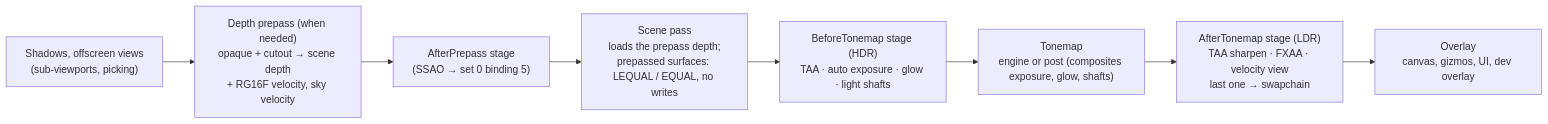
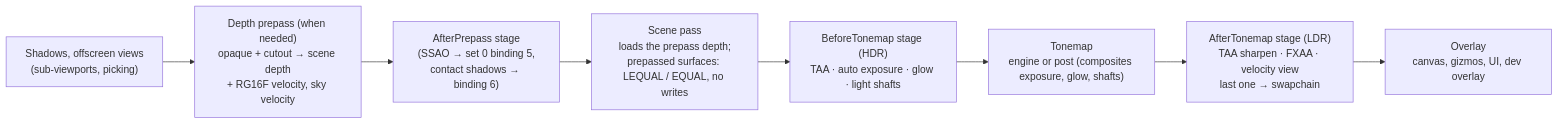
One commit to Mainframe-Games/mainframe-engine changed the diagram in docs/design/post-processing.md. Above: the diagram before and after it, drawn with Mermaid. The commit also changed other lines of this file and 54 other files, not shown here.

First line of the commit message:
Shadows: staggered cascades, PCSS, contact and far shadows (ADR 0167)

````diff
--- a/docs/design/post-processing.md
+++ b/docs/design/post-processing.md
@@ -13,10 +13,10 @@
 ```mermaid
 flowchart LR
     SH["Shadows, offscreen views<br/>(sub-viewports, picking)"] --> PP["Depth prepass (when needed)<br/>opaque + cutout → scene depth<br/>+ RG16F velocity, sky velocity"]
-    PP --> AP["AfterPrepass stage<br/>(SSAO → set 0 binding 5)"]
+    PP --> AP["AfterPrepass stage<br/>(SSAO → set 0 binding 5,<br/>contact shadows → binding 6)"]
     AP --> SC["Scene pass<br/>loads the prepass depth;<br/>prepassed surfaces: LEQUAL / EQUAL, no writes"]
     SC --> BT["BeforeTonemap stage (HDR)<br/>TAA · auto exposure · glow · light shafts"]
     BT --> TM["Tonemap<br/>engine or post (composites exposure, glow, shafts)"]
     TM --> AT["AfterTonemap stage (LDR)<br/>TAA sharpen · FXAA · velocity view<br/>last one → swapchain"]
     AT --> OV["Overlay<br/>canvas, gizmos, UI, dev overlay"]
 ```
````
